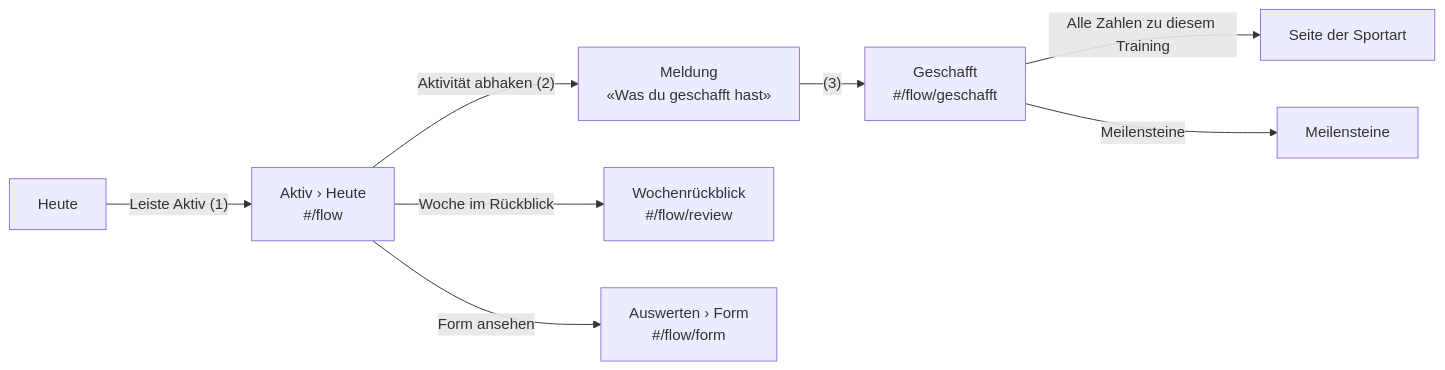
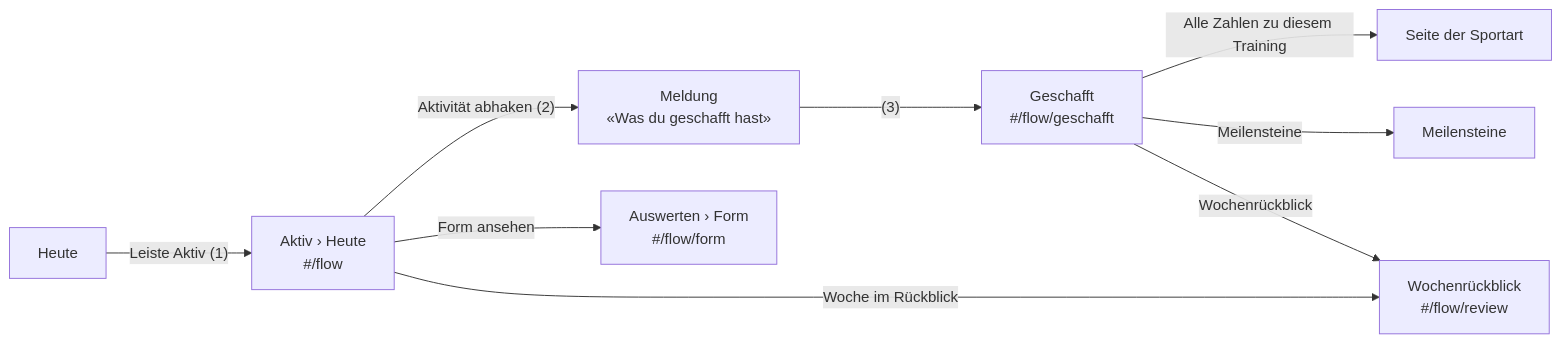
One commit to noahdolmetsch-af/packgenerator changed the second of 4 diagrams in docs/app-landkarte.md. Above: the diagram before and after it, drawn with Mermaid. The commit also changed 3 other files, not shown here.

````diff
--- a/docs/app-landkarte.md
+++ b/docs/app-landkarte.md
@@ -54,10 +54,11 @@
 ```mermaid
 flowchart LR
   a["Heute"] -->|"Leiste Aktiv (1)"| b["Aktiv › Heute<br/>#/flow"]
   b -->|"Aktivität abhaken (2)"| c["Meldung<br/>«Was du geschafft hast»"]
   c -->|"(3)"| d["Geschafft<br/>#/flow/geschafft"]
   d -->|"Alle Zahlen zu diesem Training"| e["Seite der Sportart"]
   d -->|"Meilensteine"| f["Meilensteine"]
+  d -->|"Wochenrückblick"| g
   b -->|"Woche im Rückblick"| g["Wochenrückblick<br/>#/flow/review"]
   b -->|"Form ansehen"| h["Auswerten › Form<br/>#/flow/form"]
 ```
````
